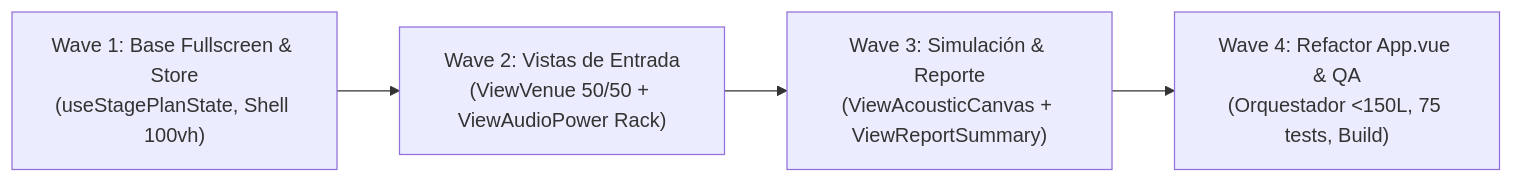
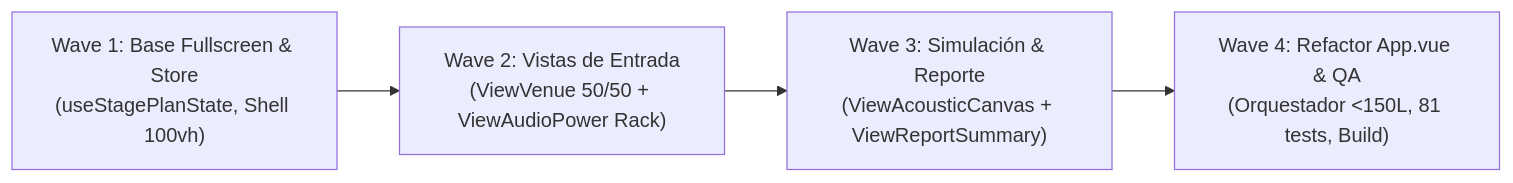
One commit to MauricioVega01/stage-plan changed the second of 2 diagrams in PLAN_WORKSPACE_FULLSCREEN.md. Above: the diagram before and after it, drawn with Mermaid. The commit also changed other lines of this file and 13 other files, not shown here.

````diff
--- a/PLAN_WORKSPACE_FULLSCREEN.md
+++ b/PLAN_WORKSPACE_FULLSCREEN.md
@@ -67,6 +67,6 @@
 ```mermaid
 flowchart LR
     W1["Wave 1: Base Fullscreen & Store<br/>(useStagePlanState, Shell 100vh)"] --> W2["Wave 2: Vistas de Entrada<br/>(ViewVenue 50/50 + ViewAudioPower Rack)"]
     W2 --> W3["Wave 3: Simulación & Reporte<br/>(ViewAcousticCanvas + ViewReportSummary)"]
-    W3 --> W4["Wave 4: Refactor App.vue & QA<br/>(Orquestador <150L, 75 tests, Build)"]
+    W3 --> W4["Wave 4: Refactor App.vue & QA<br/>(Orquestador <150L, 81 tests, Build)"]
 ```
````
